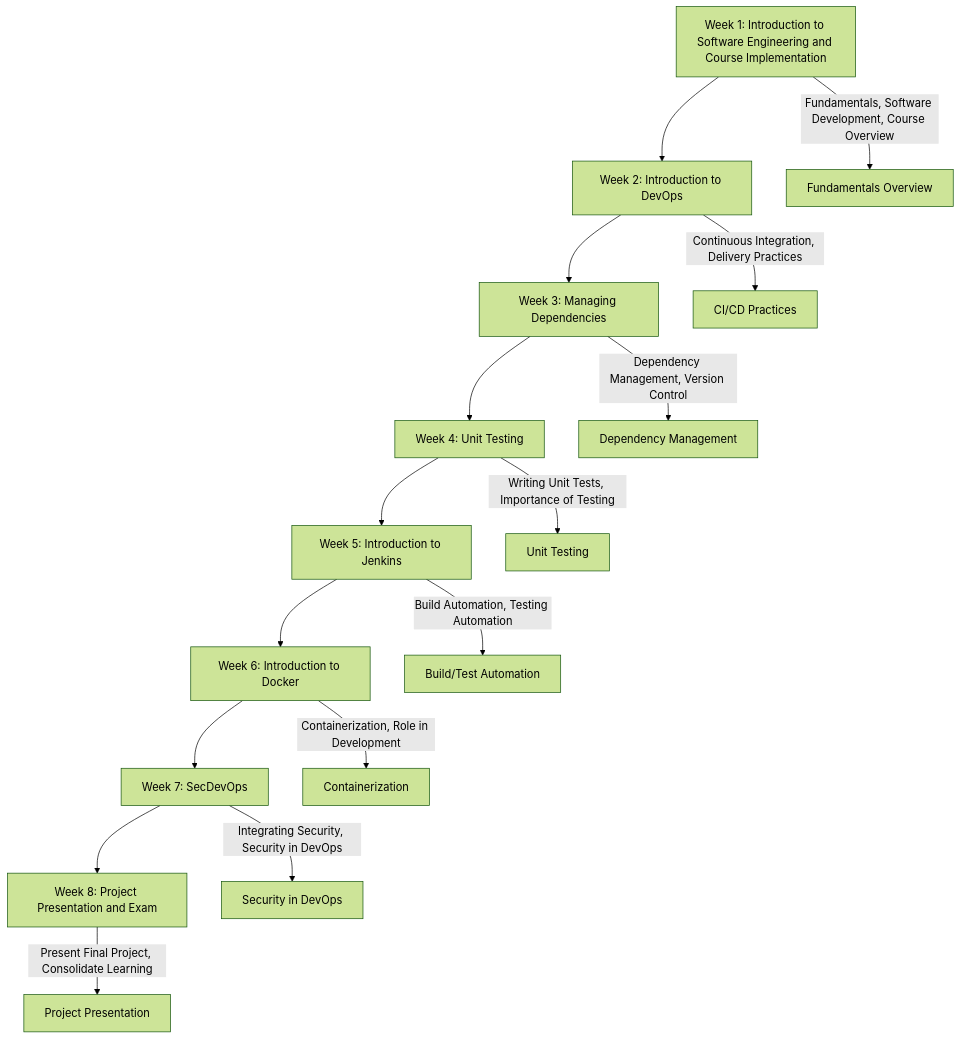
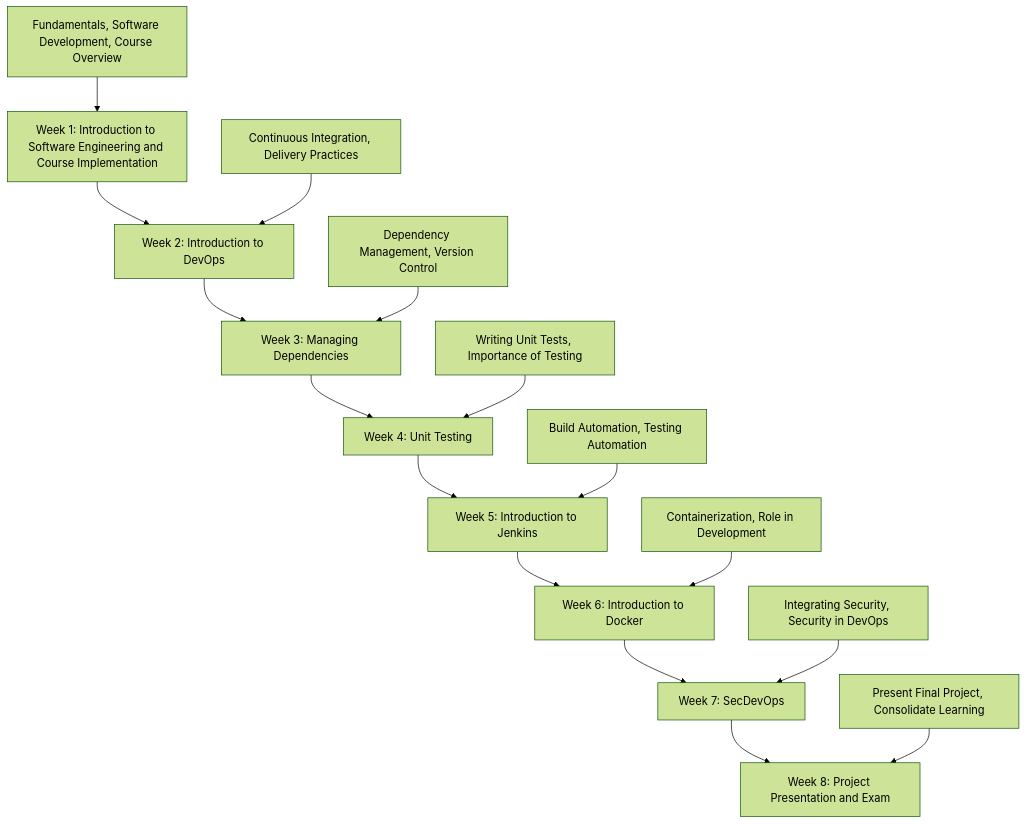
One commit to ADirin/OTP1_LectureMaterial changed the diagram in Introduction_To_SEP.md. Above: the diagram before and after it, drawn with Mermaid (forest theme).

````diff
--- a/Introduction_To_SEP.md
+++ b/Introduction_To_SEP.md
@@ -64,20 +64,44 @@
 ```mermaid
 graph TD
     A[Week 1: Introduction to Software Engineering and Course Implementation] --> B[Week 2: Introduction to DevOps]
     B --> C[Week 3: Managing Dependencies]
     C --> D[Week 4: Unit Testing]
     D --> E[Week 5: Introduction to Jenkins]
     E --> F[Week 6: Introduction to Docker]
     F --> G[Week 7: SecDevOps]
     G --> H[Week 8: Project Presentation and Exam]
 
-    A --> |Fundamentals, Software Development, Course Overview| A1[Fundamentals Overview]
-    B --> |Continuous Integration, Delivery Practices| B1[CI/CD Practices]
-    C --> |Dependency Management, Version Control| C1[Dependency Management]
-    D --> |Writing Unit Tests, Importance of Testing| D1[Unit Testing]
-    E --> |Build Automation, Testing Automation| E1[Build/Test Automation]
-    F --> |Containerization, Role in Development| F1[Containerization]
-    G --> |Integrating Security, Security in DevOps| G1[Security in DevOps]
-    H --> |Present Final Project, Consolidate Learning| H1[Project Presentation]
+    %% Week 1 link to GitHub material
+    A1[Fundamentals, Software Development, Course Overview] --> A
+    click A1 href "https://github.com/yourusername/repository-name/week1-material"
+
+    %% Week 2 link to GitHub material
+    B1[Continuous Integration, Delivery Practices] --> B
+    click B1 href "https://github.com/yourusername/repository-name/week2-material"
+
+    %% Week 3 link to GitHub material
+    C1[Dependency Management, Version Control] --> C
+    click C1 href "https://github.com/yourusername/repository-name/week3-material"
+
+    %% Week 4 link to GitHub material
+    D1[Writing Unit Tests, Importance of Testing] --> D
+    click D1 href "https://github.com/yourusername/repository-name/week4-material"
+
+    %% Week 5 link to GitHub material
+    E1[Build Automation, Testing Automation] --> E
+    click E1 href "https://github.com/yourusername/repository-name/week5-material"
+
+    %% Week 6 link to GitHub material
+    F1[Containerization, Role in Development] --> F
+    click F1 href "https://github.com/yourusername/repository-name/week6-material"
+
+    %% Week 7 link to GitHub material
+    G1[Integrating Security, Security in DevOps] --> G
+    click G1 href "https://github.com/yourusername/repository-name/week7-material"
+
+    %% Week 8 link to GitHub material
+    H1[Present Final Project, Consolidate Learning] --> H
+    click H1 href "https://github.com/yourusername/repository-name/week8-material"
+
 
 ```
````
